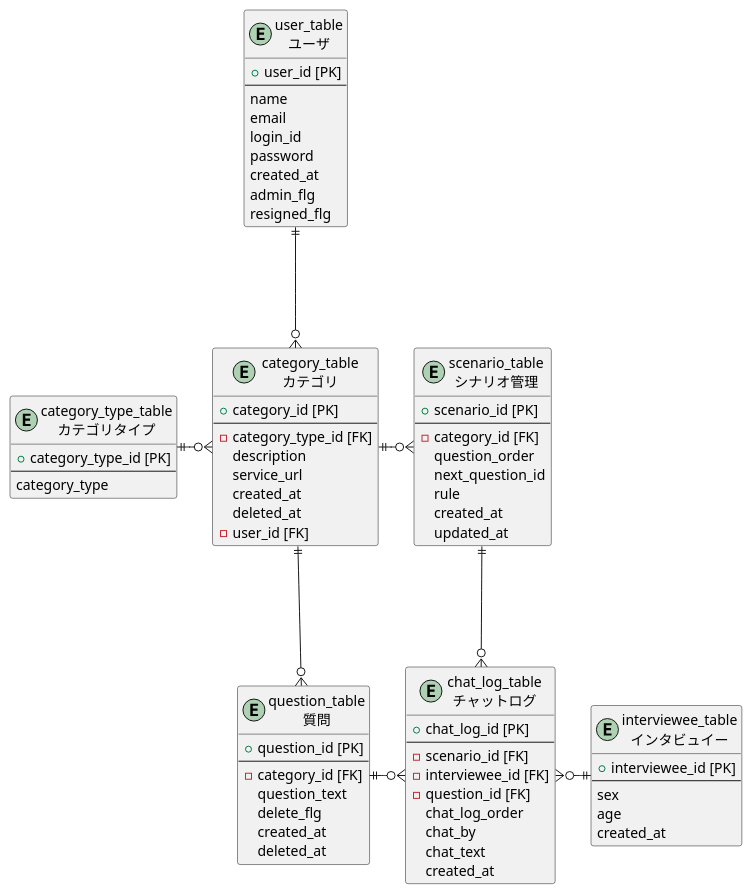
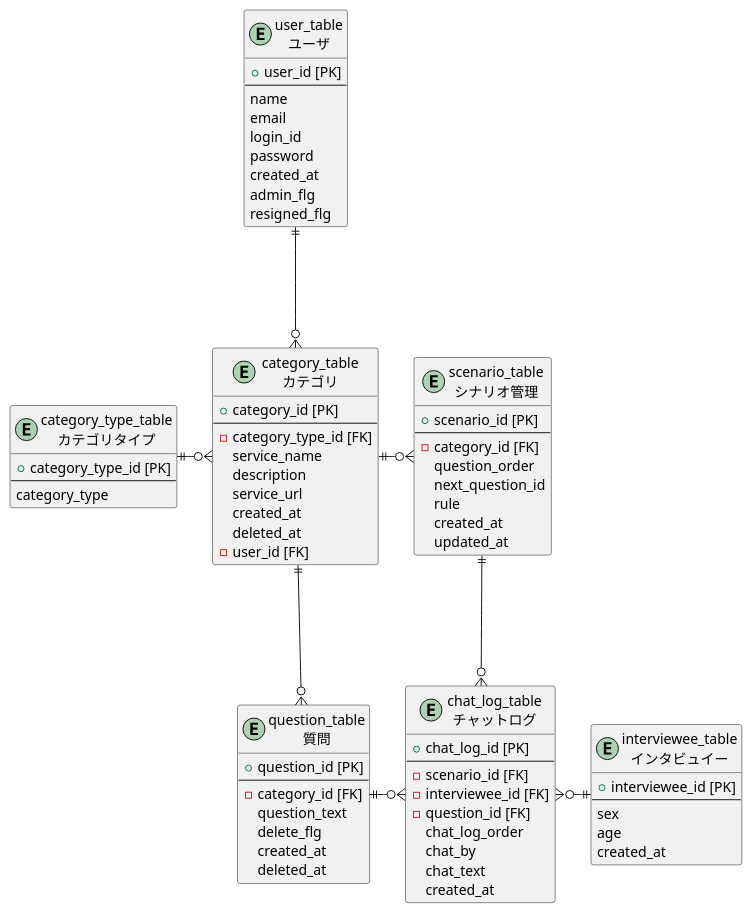
Before and after one commit to SuperMisoSoup/interviewtool_v1: the diagram in md/interviewtool_DB.pu, drawn with PlantUML. The commit also changed 6 other files, not shown here.

```diff
--- a/md/interviewtool_DB.pu
+++ b/md/interviewtool_DB.pu
@@ -1,80 +1,81 @@
 @startuml tables
 entity user_table as "user_table\nユーザ" {
   + user_id [PK]
   --
   name
   email
   login_id
   password
   created_at
   admin_flg
   resigned_flg
 }
 
 entity interviewee_table as "interviewee_table\nインタビュイー" {
   + interviewee_id [PK]
   --
   sex
   age
   created_at
 }
 
 entity category_table as "category_table\nカテゴリ" {
   + category_id [PK]
   --
   - category_type_id [FK]
+  service_name
   description
   service_url
   created_at
   deleted_at
   - user_id [FK]
 }
 
 entity category_type_table as "category_type_table\nカテゴリタイプ" {
   + category_type_id [PK]
   --
   category_type
 }
 
 entity question_table as "question_table\n質問" {
   + question_id [PK]
   --
   - category_id [FK]
   question_text
   delete_flg
   created_at
   deleted_at
 }
 
 entity scenario_table as "scenario_table\nシナリオ管理" {
   + scenario_id [PK]
   --
   - category_id [FK]
   question_order
   next_question_id
   rule
   created_at
   updated_at
 }
 
 entity chat_log_table as "chat_log_table\nチャットログ" {
   + chat_log_id [PK]
   --
   - scenario_id [FK]
   - interviewee_id [FK]
   - question_id [FK]
   chat_log_order
   chat_by
   chat_text
   created_at
 }
 
 user_table ||-d--o{ category_table
 category_type_table ||-r--o{ category_table
 category_table ||-o{ scenario_table
 category_table ||-d--o{ question_table
 interviewee_table ||-l--o{ chat_log_table
 question_table ||-o{ chat_log_table
 scenario_table ||-d--o{ chat_log_table
 
 @enduml
```
